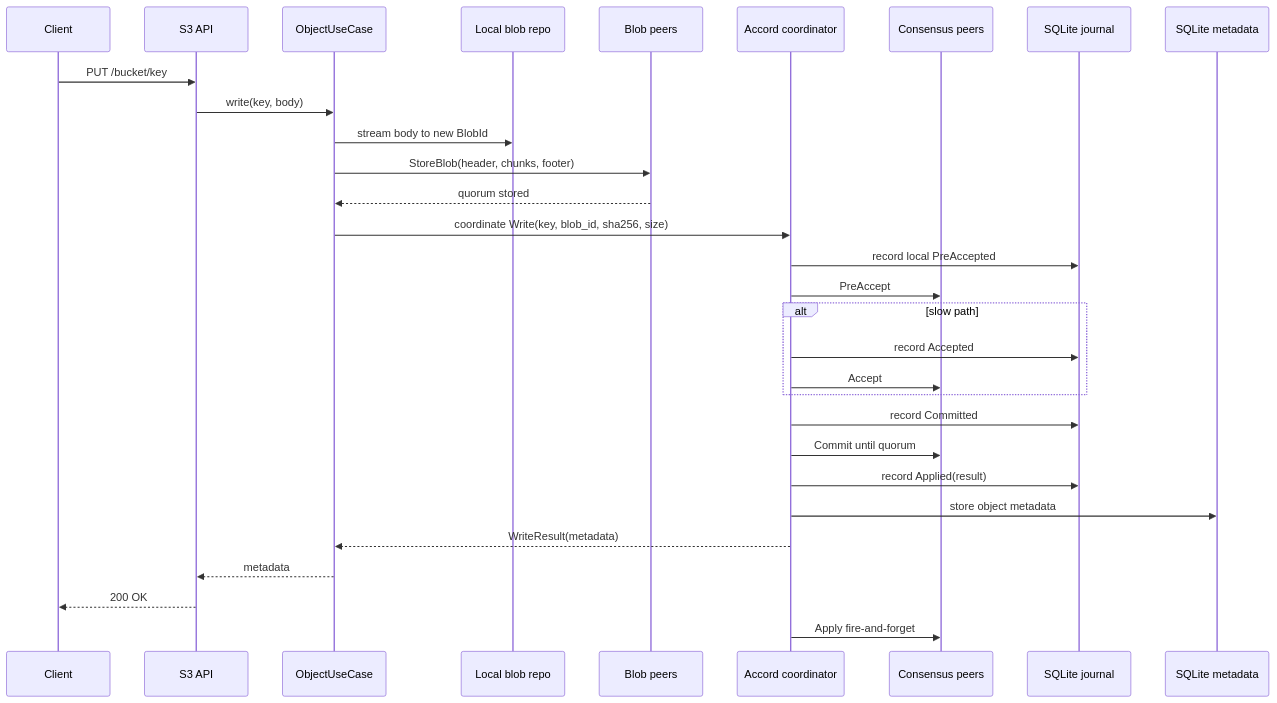
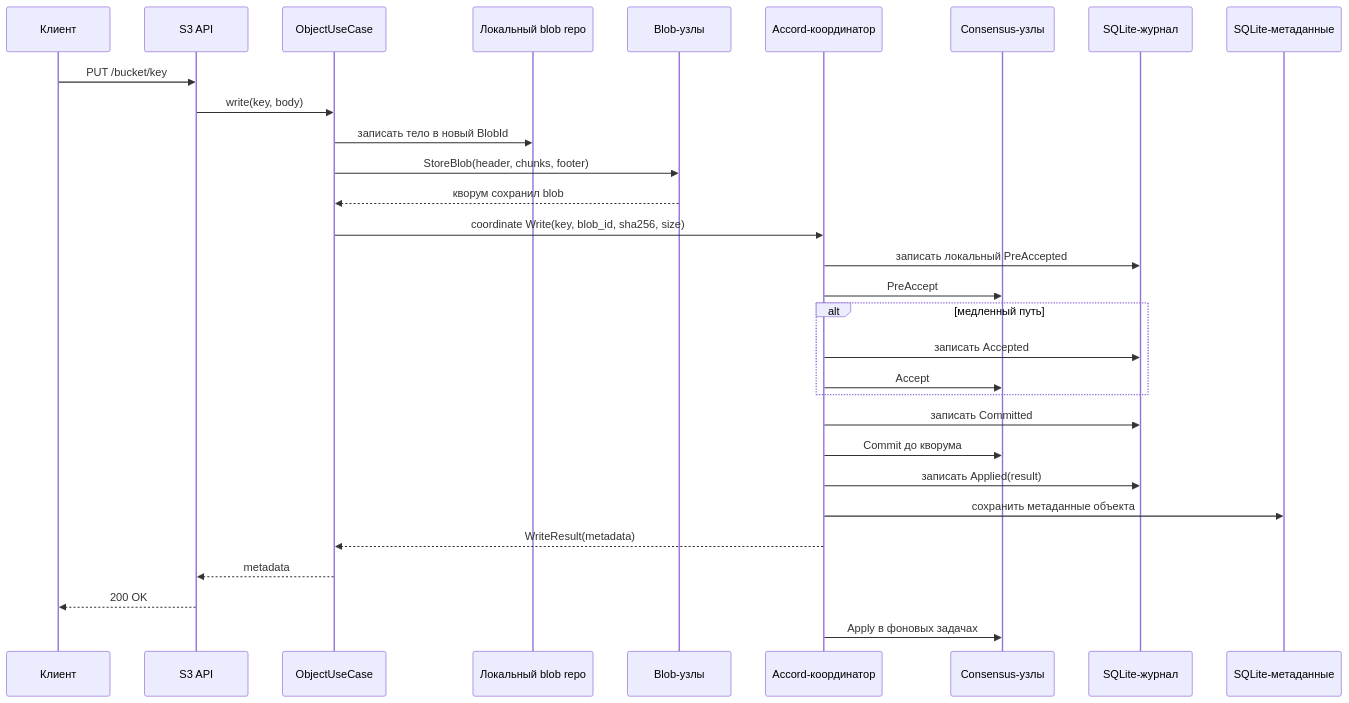
Before and after one commit to Bromles/so3: the third of 5 diagrams in docs/architecture.md, drawn with Mermaid. The commit also changed other lines of this file and 6 other files, not shown here.

````diff
--- a/docs/architecture.md
+++ b/docs/architecture.md
@@ -72,32 +74,32 @@
 ```mermaid
 sequenceDiagram
-    participant C as Client
+    participant C as Клиент
     participant A as S3 API
     participant O as ObjectUseCase
-    participant B as Local blob repo
-    participant BP as Blob peers
-    participant CC as Accord coordinator
-    participant CP as Consensus peers
-    participant J as SQLite journal
-    participant M as SQLite metadata
+    participant B as Локальный blob repo
+    participant BP as Blob-узлы
+    participant CC as Accord-координатор
+    participant CP as Consensus-узлы
+    participant J as SQLite-журнал
+    participant M as SQLite-метаданные
     C ->> A: PUT /bucket/key
     A ->> O: write(key, body)
-    O ->> B: stream body to new BlobId
+    O ->> B: записать тело в новый BlobId
     O ->> BP: StoreBlob(header, chunks, footer)
-    BP -->> O: quorum stored
+    BP -->> O: кворум сохранил blob
     O ->> CC: coordinate Write(key, blob_id, sha256, size)
-    CC ->> J: record local PreAccepted
+    CC ->> J: записать локальный PreAccepted
     CC ->> CP: PreAccept
-    alt slow path
-        CC ->> J: record Accepted
+    alt медленный путь
+        CC ->> J: записать Accepted
         CC ->> CP: Accept
     end
-    CC ->> J: record Committed
-    CC ->> CP: Commit until quorum
-    CC ->> J: record Applied(result)
-    CC ->> M: store object metadata
+    CC ->> J: записать Committed
+    CC ->> CP: Commit до кворума
+    CC ->> J: записать Applied(result)
+    CC ->> M: сохранить метаданные объекта
     CC -->> O: WriteResult(metadata)
     O -->> A: metadata
     A -->> C: 200 OK
-    CC ->> CP: Apply fire-and-forget
+    CC ->> CP: Apply в фоновых задачах
 ```
````
